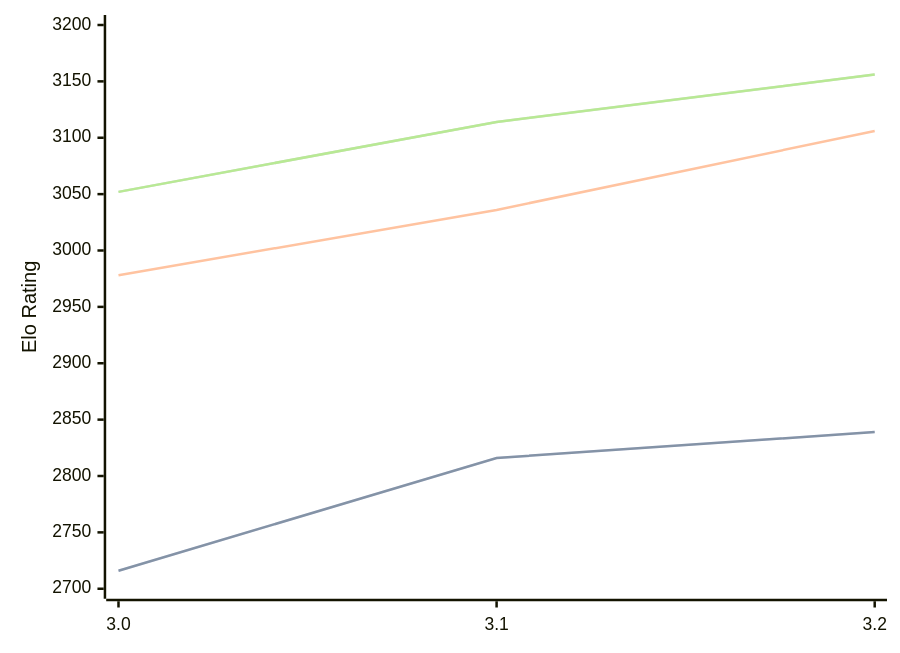
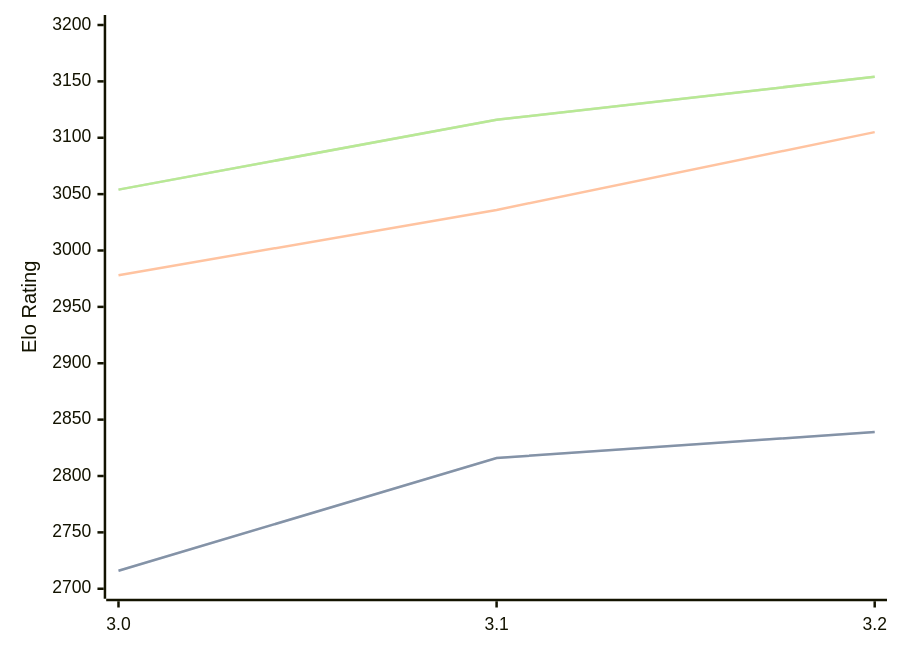
One commit to computer-chess-index/cci changed the third of 3 diagrams in engines/Vajolet2.md. Above: the diagram before and after it, drawn with Mermaid. The commit also changed other lines of this file, not shown here.

Commit message:
Update CCI Ratings (ELO VLTC) - 2026-06-21

````diff
--- a/engines/Vajolet2.md
+++ b/engines/Vajolet2.md
@@ -74,11 +74,11 @@
 ```mermaid
 %%{init: {"theme":"base","themeVariables":{"seriesColors:['#a3a3a3','#222221','#faa371']}}}%%
 xychart-beta
   x-axis ["3.0", "3.1", "3.2"]
   y-axis "Elo Rating" 2700 --> 3200
   line "STC (8.0+0.08s)" [2716, 2816, 2839]
   line "STC (8.0+0.08s)" [2716, 2816, 2839]
-  line "LTC (60.0+0.60s)" [2978, 3036, 3106]
-  line "VLTC (2m24s+1.12s)" [3052, 3114, 3156]
-  line "VLTC (2m24s+1.12s)" [3052, 3114, 3156]
+  line "LTC (60.0+0.60s)" [2978, 3036, 3105]
+  line "VLTC (2m24s+1.12s)" [3054, 3116, 3154]
+  line "VLTC (2m24s+1.12s)" [3054, 3116, 3154]
 ```
````
